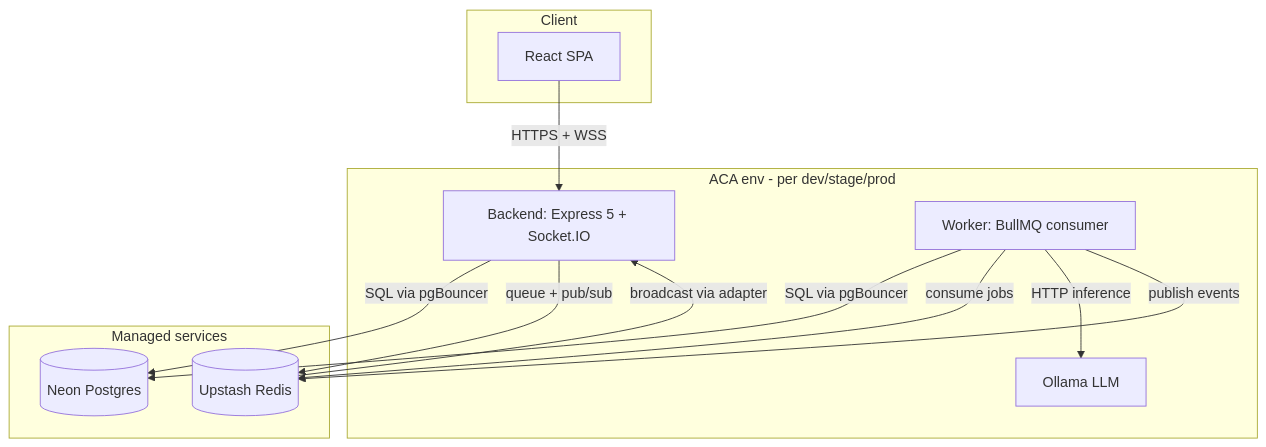
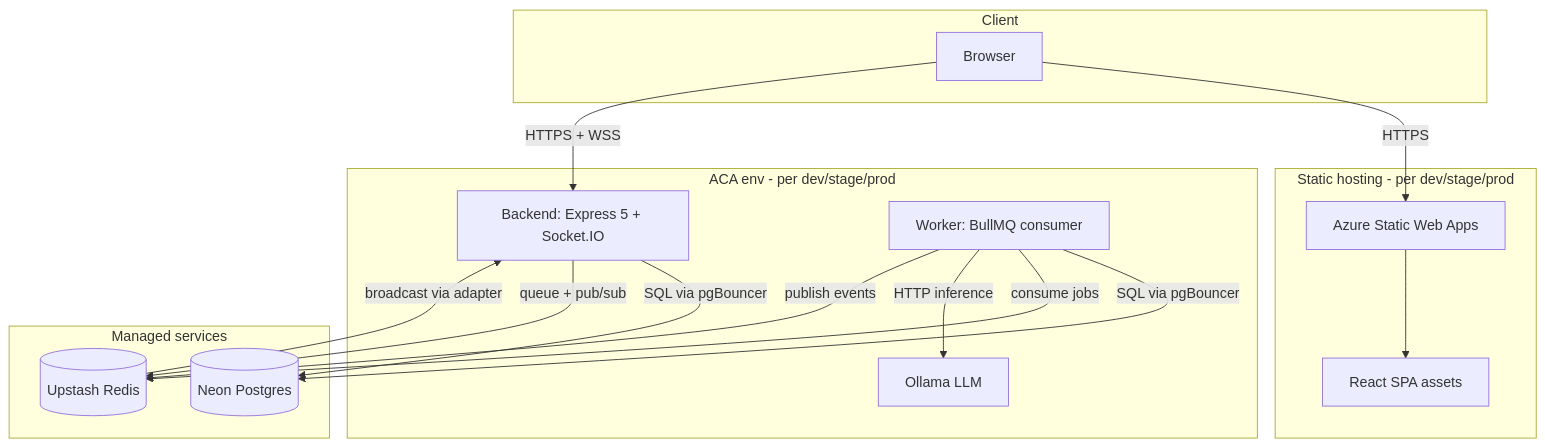
Diagram 12 of 18 in MilestoneSubmissions/DESIGN_DOC.md (The-Diplomats/Diplomacy), drawn with Mermaid before and after one commit. The commit also changed other lines of this file, not shown here.

Commit message:
docs(design): address architecture holes, switch to Drizzle, restructure folder layout

````diff
--- a/MilestoneSubmissions/DESIGN_DOC.md
+++ b/MilestoneSubmissions/DESIGN_DOC.md
@@ -297,23 +301,29 @@
 ```mermaid
 graph TB
     subgraph "Client"
-        FE[React SPA]
+        BR[Browser]
+    end
+    subgraph "Static hosting - per dev/stage/prod"
+        SWA[Azure Static Web Apps]
+        FE[React SPA assets]
+        SWA --> FE
     end
     subgraph "ACA env - per dev/stage/prod"
         BE[Backend: Express 5 + Socket.IO]
         WK[Worker: BullMQ consumer]
         OLL[Ollama LLM]
     end
     subgraph "Managed services"
         PG[(Neon Postgres)]
         RD[(Upstash Redis)]
     end
-    FE -->|HTTPS + WSS| BE
+    BR -->|HTTPS| SWA
+    BR -->|HTTPS + WSS| BE
     BE -->|SQL via pgBouncer| PG
     BE -->|queue + pub/sub| RD
     WK -->|SQL via pgBouncer| PG
     WK -->|consume jobs| RD
     WK -->|HTTP inference| OLL
     WK -->|publish events| RD
     RD -->|broadcast via adapter| BE
 ```
````
